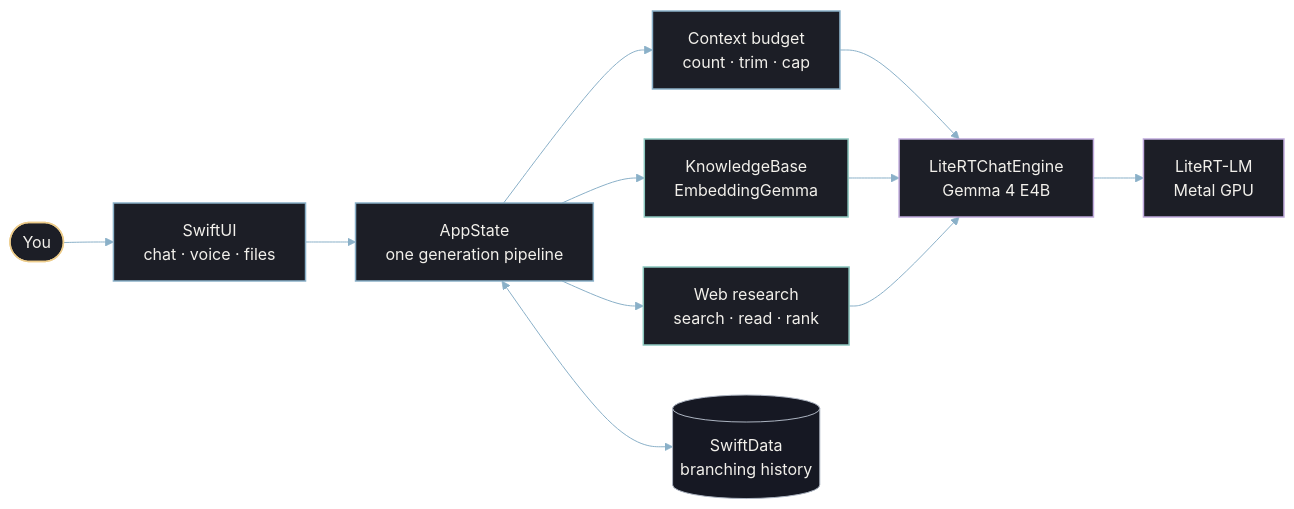
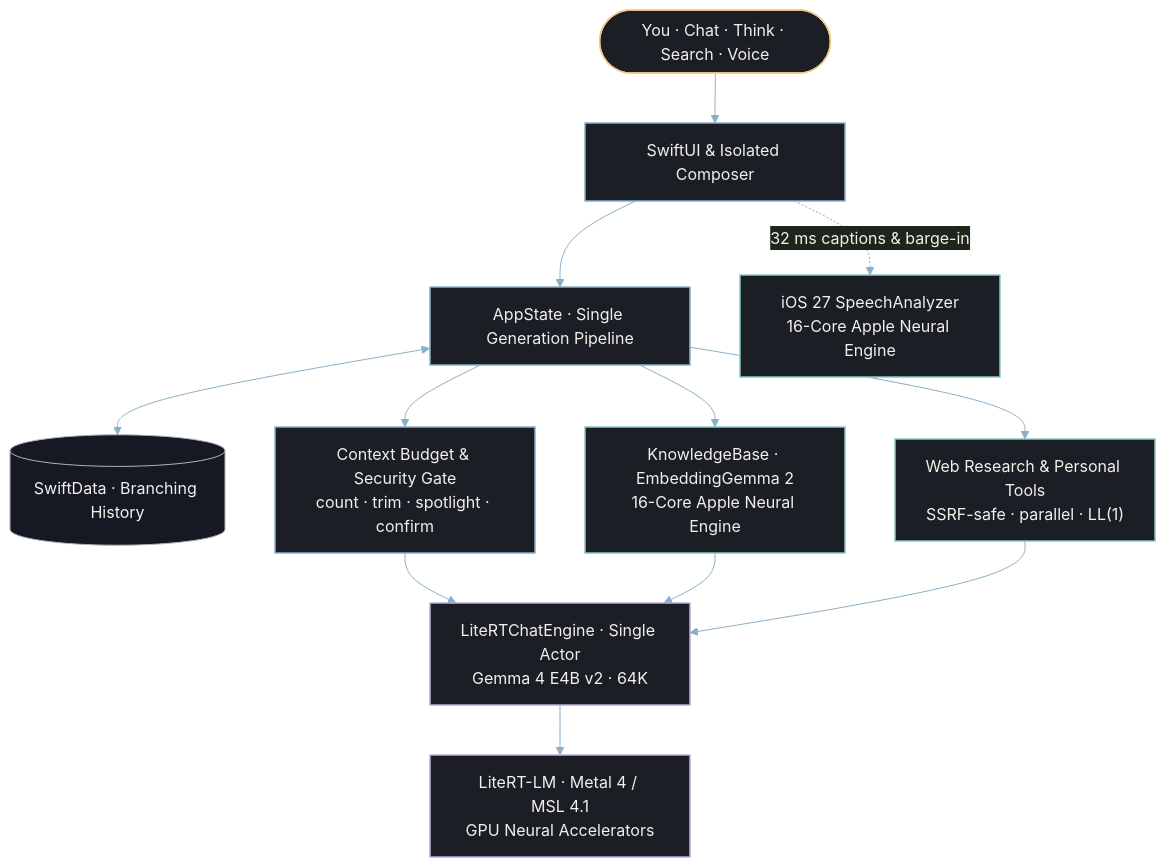
The diagram in README.md (PowerBeef/Agello), drawn with Mermaid before and after one commit. The commit also changed other lines of this file and 8 other files, not shown here.

Commit message:
Docs: showcase Metal 4 Neural Accelerators, ANE, and responsive README layout

````diff
--- a/README.md
+++ b/README.md
@@ -128,25 +146,28 @@
 ```mermaid
 %%{init: {"theme": "base", "themeVariables": {"primaryColor": "#1C1E26", "primaryTextColor": "#F2F0EB", "primaryBorderColor": "#8AB0C8", "lineColor": "#8AB0C8"}}}%%
-flowchart LR
-  You(["You"]) --> UI["SwiftUI<br/>chat · voice · files"]
-  UI --> AppState["AppState<br/>one generation pipeline"]
-  AppState --> Budget["Context budget<br/>count · trim · cap"]
-  Budget --> Engine["LiteRTChatEngine<br/>Gemma 4 E4B"]
-  AppState --> RAG["KnowledgeBase<br/>EmbeddingGemma"]
-  AppState --> WebSearch["Web research<br/>search · read · rank"]
+flowchart TD
+  You(["You · Chat · Think · Search · Voice"]) --> UI["SwiftUI & Isolated Composer"]
+  UI --> AppState["AppState · Single Generation Pipeline"]
+  AppState <--> Store[("SwiftData · Branching History")]
+
+  AppState --> Budget["Context Budget & Security Gate<br/>count · trim · spotlight · confirm"]
+  AppState --> RAG["KnowledgeBase · EmbeddingGemma 2<br/>16-Core Apple Neural Engine"]
+  AppState --> Web["Web Research & Personal Tools<br/>SSRF-safe · parallel · LL(1)"]
+  UI -.->|"32 ms captions & barge-in"| Speech["iOS 27 SpeechAnalyzer<br/>16-Core Apple Neural Engine"]
+
+  Budget --> Engine["LiteRTChatEngine · Single Actor<br/>Gemma 4 E4B v2 · 64K"]
   RAG --> Engine
-  WebSearch --> Engine
-  Engine --> GPU["LiteRT-LM<br/>Metal GPU"]
-  AppState <--> Store[("SwiftData<br/>branching history")]
+  Web --> Engine
+  Engine --> GPU["LiteRT-LM · Metal 4 / MSL 4.1<br/>GPU Neural Accelerators"]
 
   classDef chat fill:#1C1E26,stroke:#8AB0C8,stroke-width:1.5px,color:#F2F0EB
   classDef think fill:#1C1E26,stroke:#BFAADC,stroke-width:1.5px,color:#F2F0EB
   classDef search fill:#1C1E26,stroke:#8CC7BF,stroke-width:1.5px,color:#F2F0EB
   classDef voice fill:#1C1E26,stroke:#EDCC8A,stroke-width:1.5px,color:#F2F0EB
   classDef neutral fill:#161823,stroke:#ADB5C2,stroke-width:1px,color:#F2F0EB
   class You voice
   class UI,AppState,Budget chat
   class Engine,GPU think
-  class RAG,WebSearch search
+  class RAG,Web,Speech search
   class Store neutral
 ```
````
